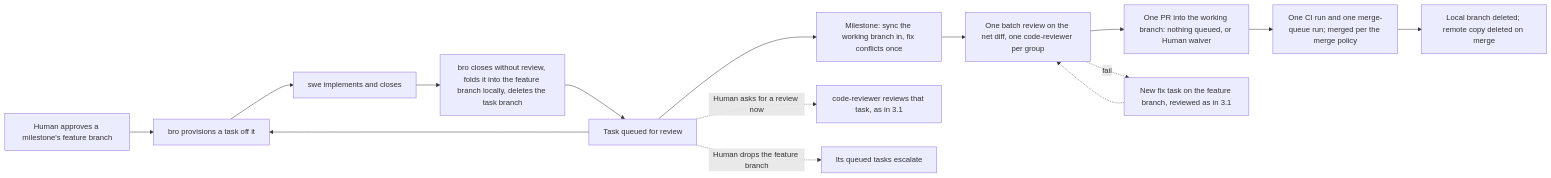
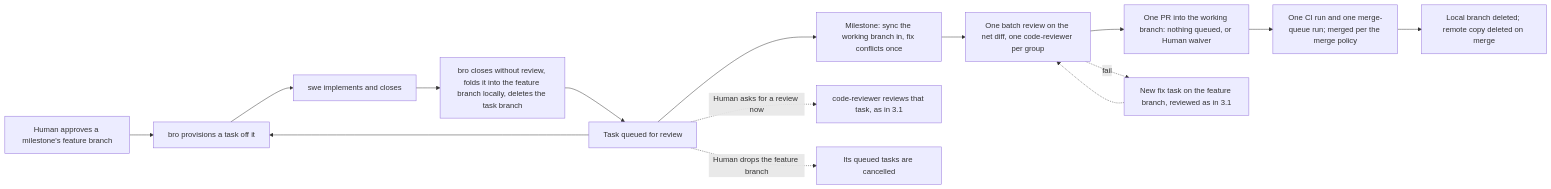
Before and after one commit to trustmybot/plugin: diagram 13 of 19 in docs/architecture/FLOWS.md, drawn with Mermaid. The commit also changed 6 other files, not shown here.

First line of the commit message:
📝 docs(tasks): split escalated into superseded and cancelled in planned v75 (GH 3251)

````diff
--- a/docs/architecture/FLOWS.md
+++ b/docs/architecture/FLOWS.md
@@ -187,17 +187,17 @@
 ```mermaid
 flowchart LR
     A[Human approves a milestone's feature branch] --> B[bro provisions a task off it]
     B --> C[swe implements and closes]
     C --> D[bro closes without review, folds it into the feature branch locally, deletes the task branch]
     D --> F[Task queued for review]
     F --> B
     F --> S[Milestone: sync the working branch in, fix conflicts once]
     S --> G[One batch review on the net diff, one code-reviewer per group]
     G --> H[One PR into the working branch: nothing queued, or Human waiver]
     H --> I[One CI run and one merge-queue run; merged per the merge policy]
     I --> J[Local branch deleted; remote copy deleted on merge]
     G -. fail .-> K[New fix task on the feature branch, reviewed as in 3.1]
     K -.-> G
     F -. Human asks for a review now .-> R[code-reviewer reviews that task, as in 3.1]
-    F -. Human drops the feature branch .-> X[Its queued tasks escalate]
+    F -. Human drops the feature branch .-> X[Its queued tasks are cancelled]
 ```
````
